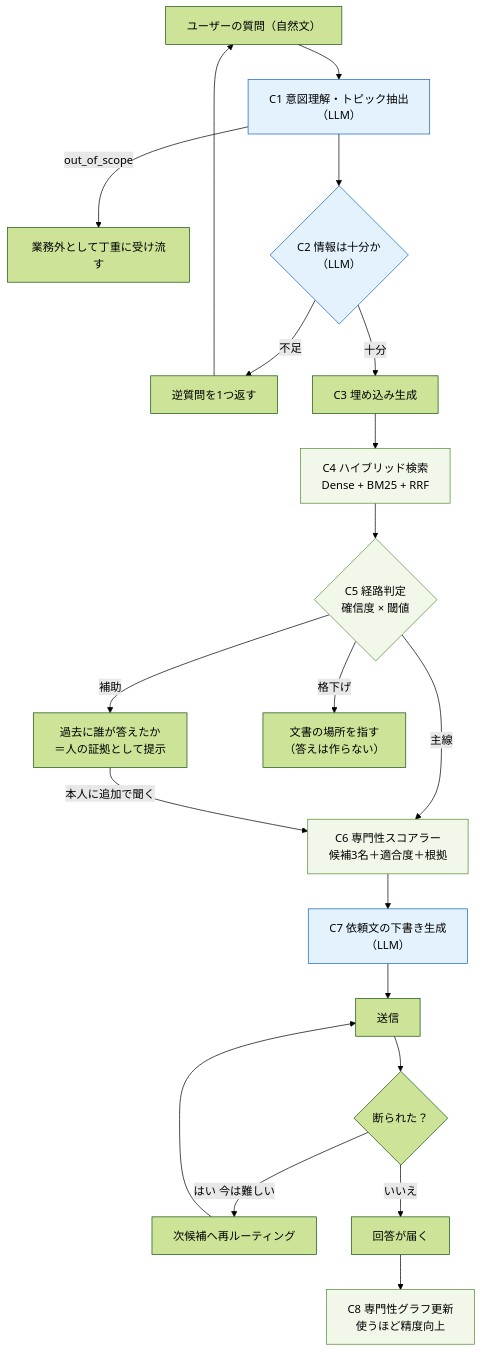
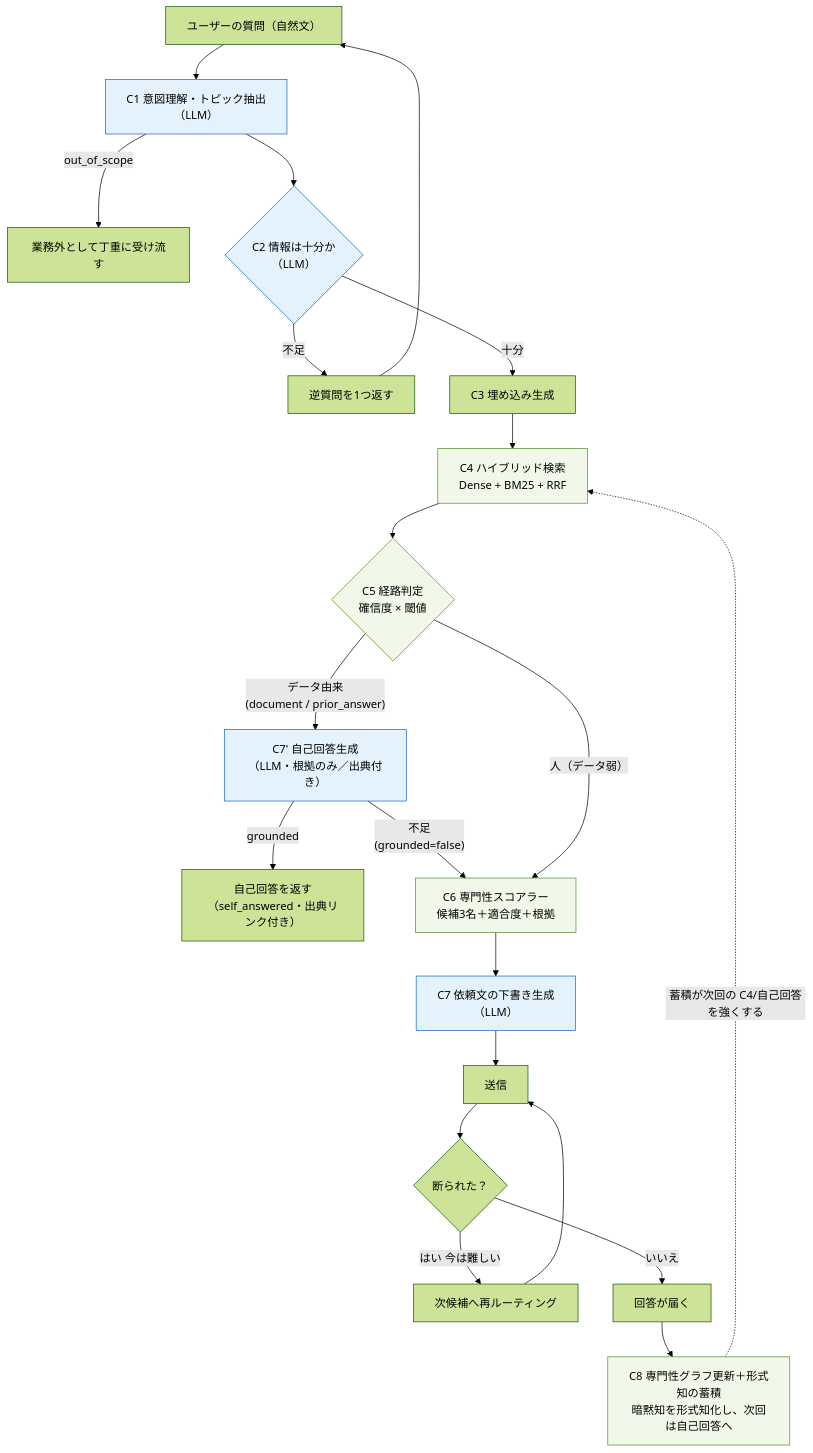
One commit to shiyow5/TEKIJIN changed the first of 4 diagrams in docs/specs/model-definition.md. Above: the diagram before and after it, drawn with Mermaid (forest theme). The commit also changed other lines of this file, not shown here.

````diff
--- a/docs/specs/model-definition.md
+++ b/docs/specs/model-definition.md
@@ -54,24 +58,25 @@
 ```mermaid
 flowchart TD
   Q["ユーザーの質問（自然文）"] --> C1["C1 意図理解・トピック抽出<br/>（LLM）"]
   C1 -->|out_of_scope| X["業務外として丁重に受け流す"]
   C1 --> C2{"C2 情報は十分か<br/>（LLM）"}
   C2 -->|不足| FQ["逆質問を1つ返す"] --> Q
   C2 -->|十分| C3["C3 埋め込み生成"] --> C4["C4 ハイブリッド検索<br/>Dense + BM25 + RRF"]
   C4 --> C5{"C5 経路判定<br/>確信度 × 閾値"}
-  C5 -->|補助| PA["過去に誰が答えたか<br/>＝人の証拠として提示"]
-  C5 -->|格下げ| DOC["文書の場所を指す<br/>（答えは作らない）"]
-  C5 -->|主線| C6["C6 専門性スコアラー<br/>候補3名＋適合度＋根拠"]
-  PA -->|本人に追加で聞く| C6
+  C5 -->|"データ由来<br/>(document / prior_answer)"| SA["C7' 自己回答生成<br/>（LLM・根拠のみ／出典付き）"]
+  SA -->|grounded| SANS["自己回答を返す<br/>（self_answered・出典リンク付き）"]
+  SA -->|"不足<br/>(grounded=false)"| C6
+  C5 -->|"人（データ弱）"| C6["C6 専門性スコアラー<br/>候補3名＋適合度＋根拠"]
   C6 --> C7["C7 依頼文の下書き生成<br/>（LLM）"]
   C7 --> SEND["送信"]
   SEND --> DEC{"断られた？"}
   DEC -->|はい 今は難しい| NEXT["次候補へ再ルーティング"] --> SEND
   DEC -->|いいえ| ANS["回答が届く"]
-  ANS --> C8["C8 専門性グラフ更新<br/>使うほど精度向上"]
+  ANS --> C8["C8 専門性グラフ更新＋形式知の蓄積<br/>暗黙知を形式知化し、次回は自己回答へ"]
+  C8 -.->|"蓄積が次回の C4/自己回答を強くする"| C4
 
   classDef llm fill:#e3f2fd,stroke:#1565c0;
   classDef det fill:#f1f8e9,stroke:#558b2f;
-  class C1,C2,C7 llm;
+  class C1,C2,C7,SA llm;
   class C4,C5,C6,C8 det;
 ```
````
